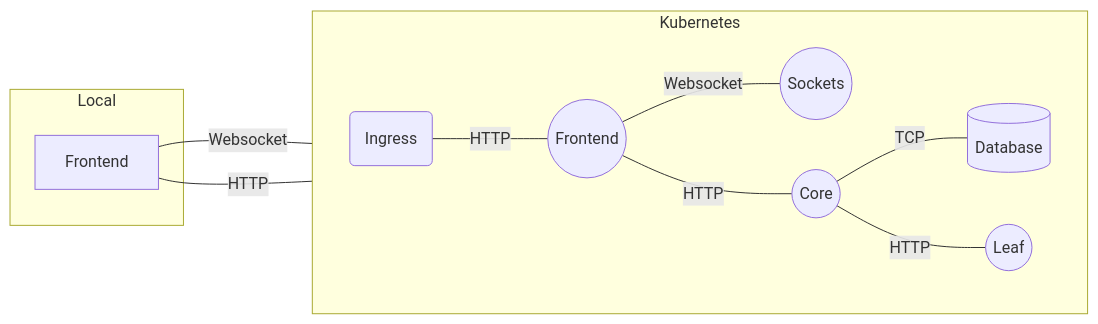
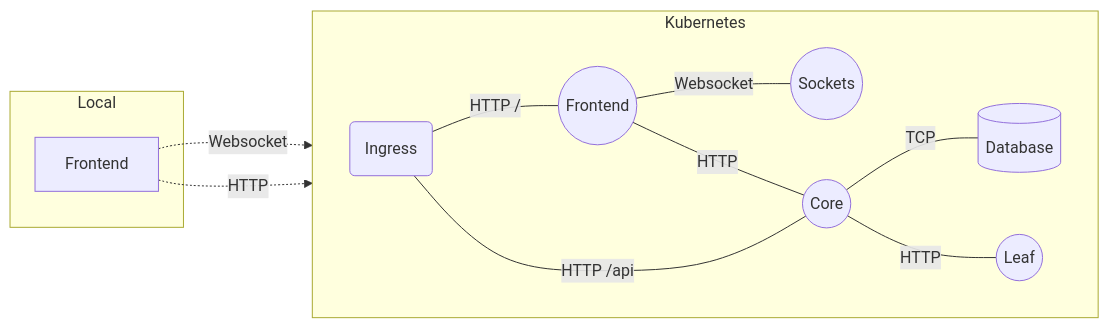
Before and after one commit to c6o/docs: the diagram in docs/tutorials/consume.mdx, drawn with Mermaid. The commit also changed other lines of this file and 14 other files, not shown here.

````diff
--- a/docs/tutorials/consume.mdx
+++ b/docs/tutorials/consume.mdx
@@ -18,16 +18,17 @@
 ```mermaid
 flowchart LR
     subgraph Kubernetes
     direction LR
-    User(Ingress) --- |HTTP| Frontend((Frontend))
+    User(Ingress) --- |HTTP /| Frontend((Frontend))
     Frontend ---|Websocket| Sockets((Sockets))
     Frontend --- |HTTP|Core((Core))
     Core ---|TCP| Database[(Database)]
     Core ---|HTTP| Leaf((Leaf))
+    User --- |HTTP /api| Core
     end
 
     subgraph Local
-    Local-Frontend[Frontend] ---|Websocket| Sockets((Sockets))
-    Local-Frontend --- |HTTP|Core((Core))
+    Local-Frontend[Frontend] -.->|Websocket| Sockets((Sockets))
+    Local-Frontend -.-> |HTTP|Core((Core))
     end
 ```
````
